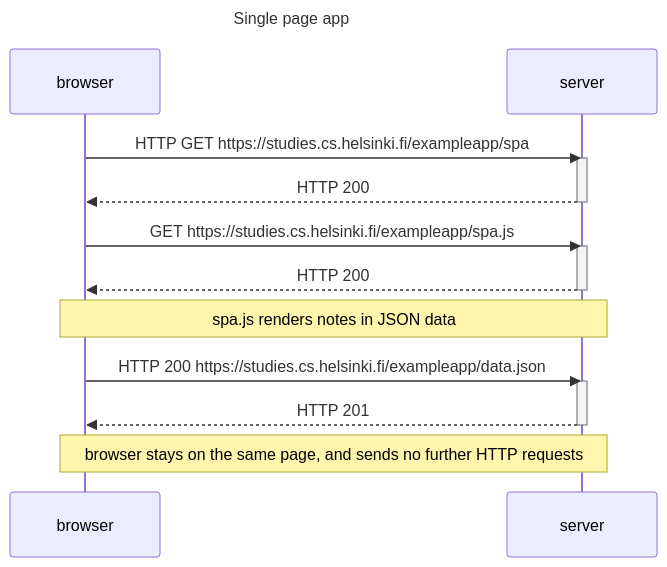
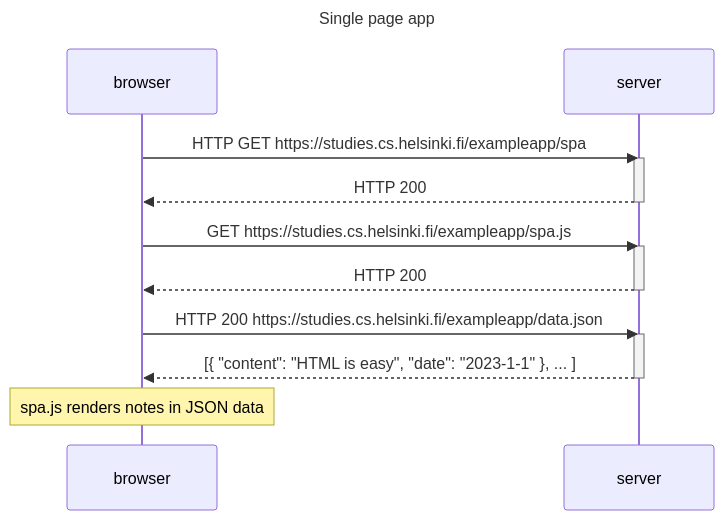
Before and after one commit to Kure-ru/FullStackOpen: the second of 3 diagrams in 00 - Fundamentals of Web apps/README.md, drawn with Mermaid. The commit also changed other lines of this file, not shown here.

````diff
--- a/00 - Fundamentals of Web apps/README.md
+++ b/00 - Fundamentals of Web apps/README.md
@@ -43,20 +43,19 @@
 ```mermaid
 sequenceDiagram
     title Single page app
     participant browser
     participant server
     browser->>server: HTTP GET https://studies.cs.helsinki.fi/exampleapp/spa
     activate server
     server-->>browser: HTTP 200
     deactivate server
     browser->>server: GET https://studies.cs.helsinki.fi/exampleapp/spa.js
     activate server
     server-->>browser: HTTP 200
     deactivate server
-    Note over browser, server: spa.js renders notes in JSON data
     browser->>server: HTTP 200 https://studies.cs.helsinki.fi/exampleapp/data.json
     activate server
-    server-->>browser: HTTP 201
+    server-->>browser: [{ "content": "HTML is easy", "date": "2023-1-1" }, ... ]
     deactivate server
-    Note over browser, server: browser stays on the same page, and sends no further HTTP requests
+    Note over browser: spa.js renders notes in JSON data
 ```
````
